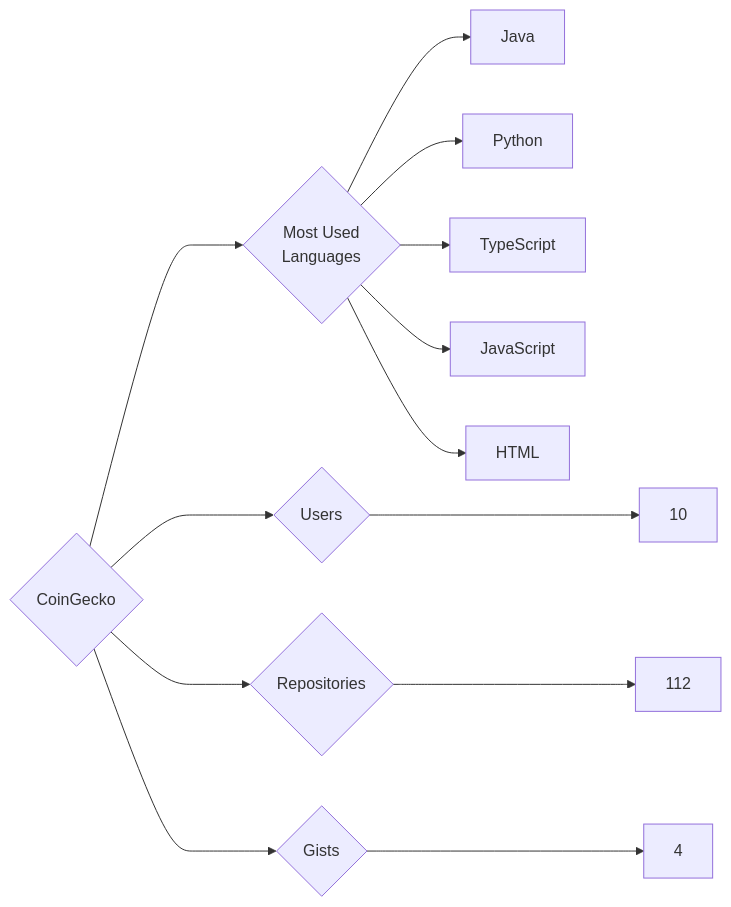
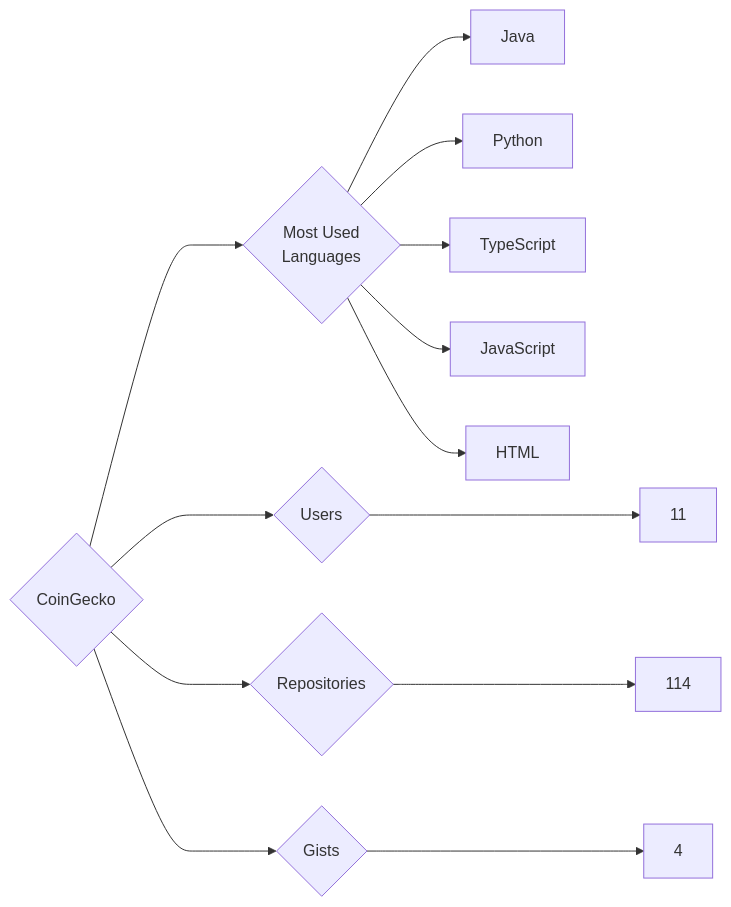
One commit to trickest/insiders changed the diagram in targets/CoinGecko/README.md. Above: the diagram before and after it, drawn with Mermaid. The commit also changed 1088 other files, not shown here.

````diff
--- a/targets/CoinGecko/README.md
+++ b/targets/CoinGecko/README.md
@@ -3,13 +3,13 @@
 ```mermaid
 graph LR
 COMPANY_NAME{CoinGecko}
-COMPANY_NAME ---> U{Users} ---> UN[10]
-COMPANY_NAME ---> R{Repositories} ---> RN[112]
+COMPANY_NAME ---> U{Users} ---> UN[11]
+COMPANY_NAME ---> R{Repositories} ---> RN[114]
 COMPANY_NAME ---> G{Gists} ---> GN[4]
 COMPANY_NAME ---> ML{Most Used<br>Languages}
 ML --> Java[Java]
 ML --> Python[Python]
 ML --> TypeScript[TypeScript]
 ML --> JavaScript[JavaScript]
 ML --> HTML[HTML]
 ```
````
